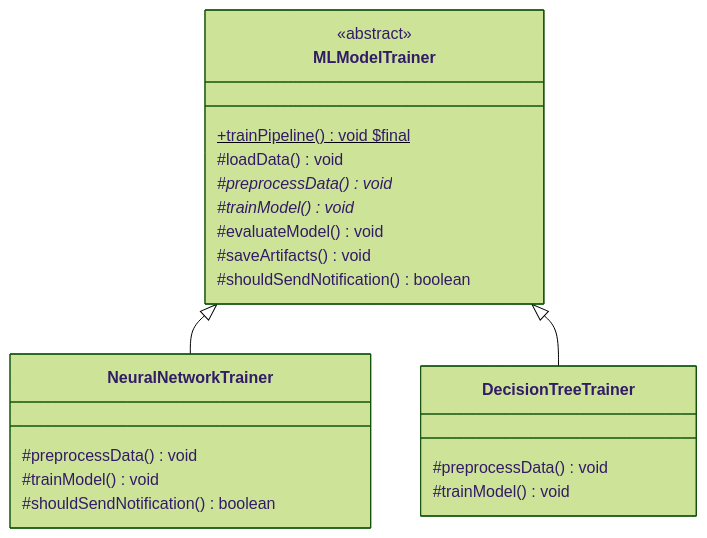
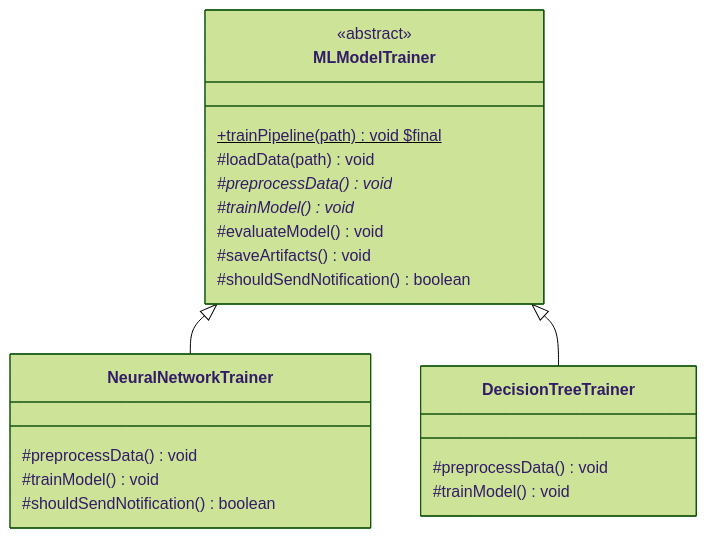
The first of 3 diagrams in 04-OOPs-and-Design-Patterns/03-Design-Patterns/20-Template-Method-Pattern.md (rohithgowda18/Notes), drawn with Mermaid (forest theme) before and after one commit. The commit also changed other lines of this file and 30 other files, not shown here.

````diff
--- a/04-OOPs-and-Design-Patterns/03-Design-Patterns/20-Template-Method-Pattern.md
+++ b/04-OOPs-and-Design-Patterns/03-Design-Patterns/20-Template-Method-Pattern.md
@@ -29,27 +7,27 @@
 ```mermaid
 classDiagram
     class MLModelTrainer {
         <<abstract>>
-        +trainPipeline() void $final$
-        #loadData() void
+        +trainPipeline(path) void $final$
+        #loadData(path) void
         #preprocessData()* void
         #trainModel()* void
         #evaluateModel() void
         #saveArtifacts() void
         #shouldSendNotification() boolean
     }
 
     class NeuralNetworkTrainer {
         #preprocessData() void
         #trainModel() void
         #shouldSendNotification() boolean
     }
 
     class DecisionTreeTrainer {
         #preprocessData() void
         #trainModel() void
     }
 
     MLModelTrainer <|-- NeuralNetworkTrainer
     MLModelTrainer <|-- DecisionTreeTrainer
 ```
````
